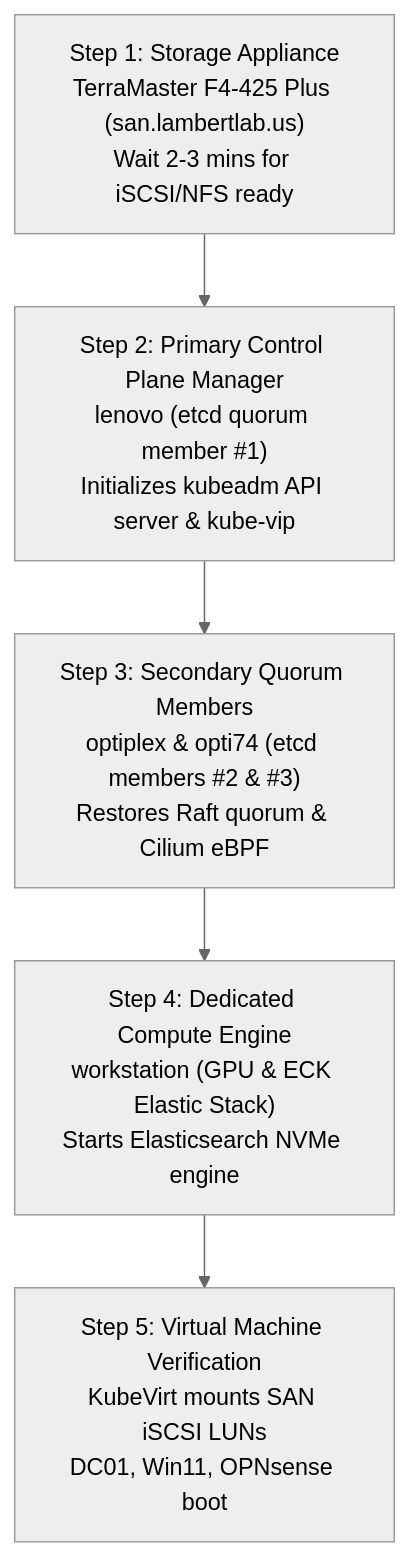
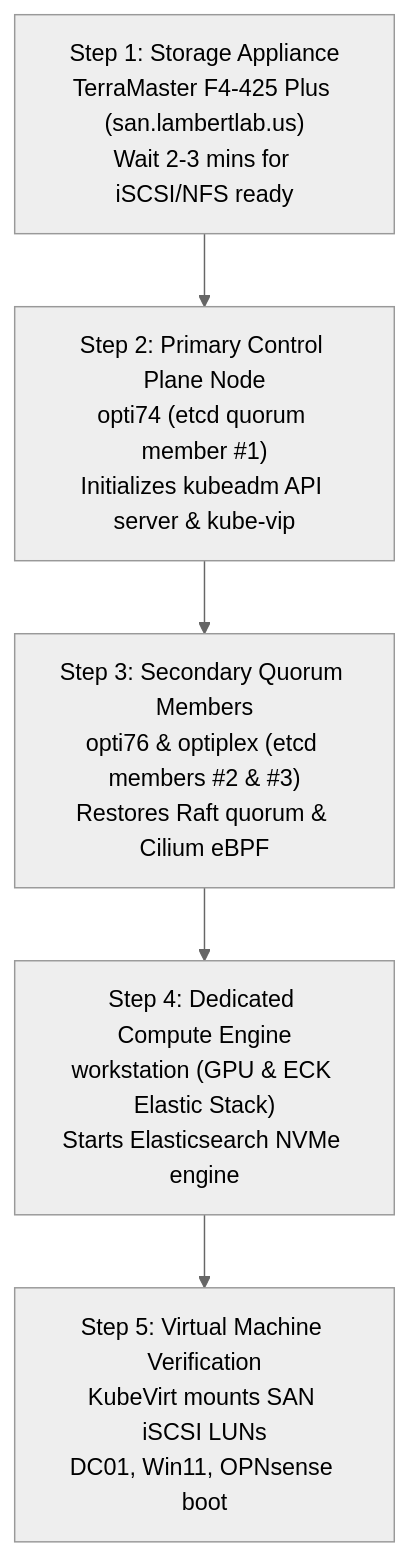
One commit to ChrisLambert03/homelab changed the diagram in docs/runbooks/disaster-recovery.md. Above: the diagram before and after it, drawn with Mermaid (neutral theme). The commit also changed other lines of this file and 14 other files, not shown here.

````diff
--- a/docs/runbooks/disaster-recovery.md
+++ b/docs/runbooks/disaster-recovery.md
@@ -11,7 +11,7 @@
 ```mermaid
 graph TD
-    Step1["Step 1: Storage Appliance<br/>TerraMaster F4-425 Plus (san.lambertlab.us)<br/>Wait 2-3 mins for iSCSI/NFS ready"] --> Step2["Step 2: Primary Control Plane Manager<br/>lenovo (etcd quorum member #1)<br/>Initializes kubeadm API server & kube-vip"]
-    Step2 --> Step3["Step 3: Secondary Quorum Members<br/>optiplex & opti74 (etcd members #2 & #3)<br/>Restores Raft quorum & Cilium eBPF"]
+    Step1["Step 1: Storage Appliance<br/>TerraMaster F4-425 Plus (san.lambertlab.us)<br/>Wait 2-3 mins for iSCSI/NFS ready"] --> Step2["Step 2: Primary Control Plane Node<br/>opti74 (etcd quorum member #1)<br/>Initializes kubeadm API server & kube-vip"]
+    Step2 --> Step3["Step 3: Secondary Quorum Members<br/>opti76 & optiplex (etcd members #2 & #3)<br/>Restores Raft quorum & Cilium eBPF"]
     Step3 --> Step4["Step 4: Dedicated Compute Engine<br/>workstation (GPU & ECK Elastic Stack)<br/>Starts Elasticsearch NVMe engine"]
     Step4 --> Step5["Step 5: Virtual Machine Verification<br/>KubeVirt mounts SAN iSCSI LUNs<br/>DC01, Win11, OPNsense boot"]
 ```
````
